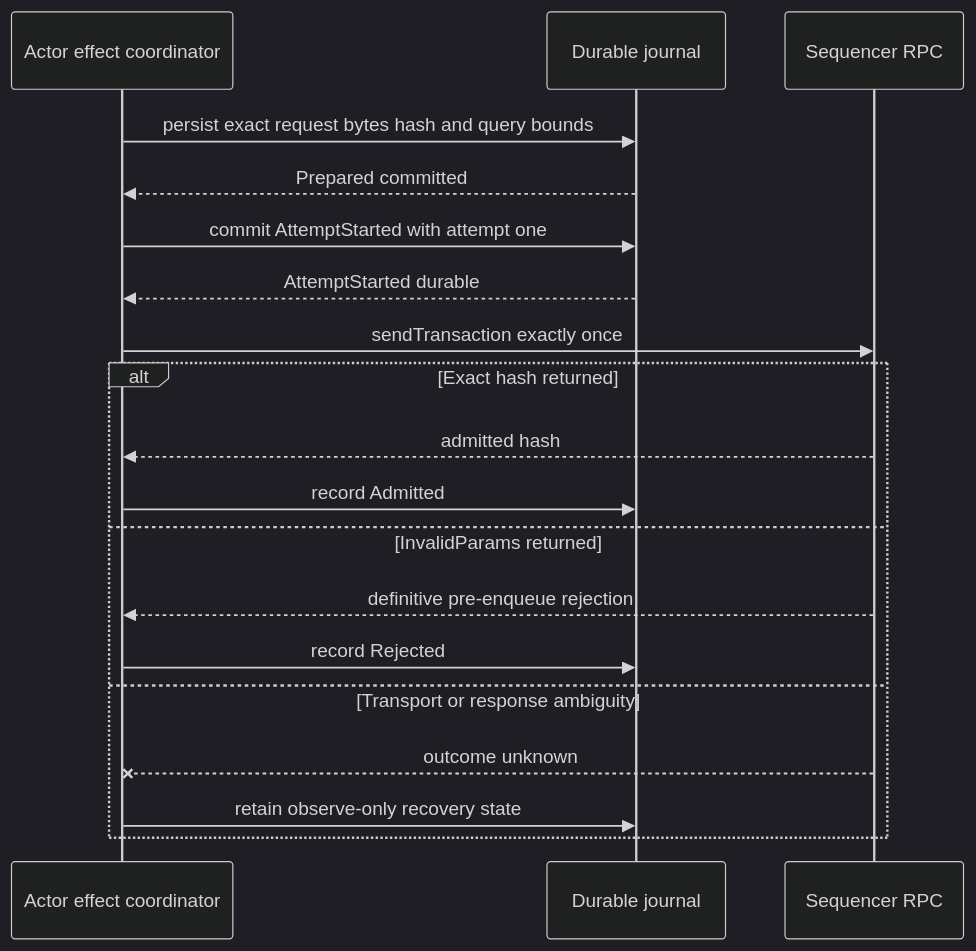
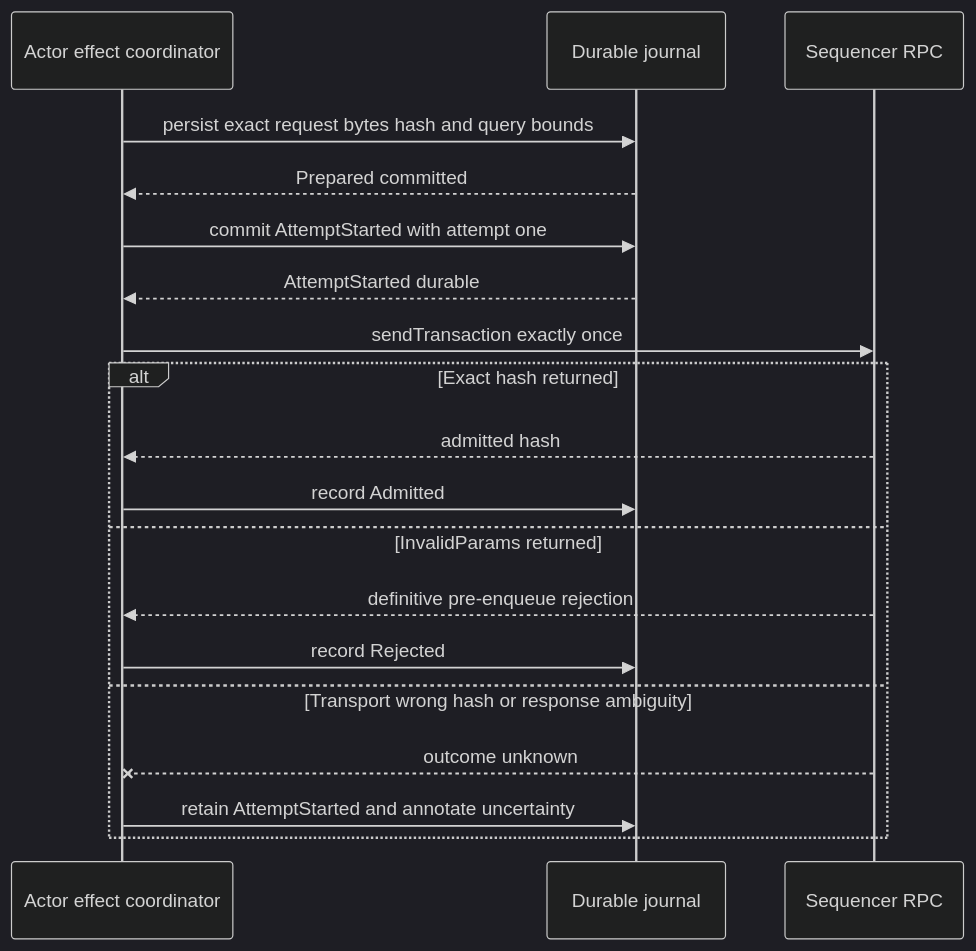
Before and after one commit to gateway-fm/lez-atomic-swaps: the second of 4 diagrams in docs/architecture/0026-lez-v02-at-most-once-submission-and-query-finality.md, drawn with Mermaid (dark theme). The commit also changed other lines of this file and 16 other files, not shown here.

````diff
--- a/docs/architecture/0026-lez-v02-at-most-once-submission-and-query-finality.md
+++ b/docs/architecture/0026-lez-v02-at-most-once-submission-and-query-finality.md
@@ -126,22 +161,22 @@
 ```mermaid
 sequenceDiagram
     participant A as Actor effect coordinator
     participant J as Durable journal
     participant S as Sequencer RPC
 
     A->>J: persist exact request bytes hash and query bounds
     J-->>A: Prepared committed
     A->>J: commit AttemptStarted with attempt one
     J-->>A: AttemptStarted durable
     A->>S: sendTransaction exactly once
     alt Exact hash returned
         S-->>A: admitted hash
         A->>J: record Admitted
     else InvalidParams returned
         S-->>A: definitive pre-enqueue rejection
         A->>J: record Rejected
-    else Transport or response ambiguity
+    else Transport wrong hash or response ambiguity
         S--xA: outcome unknown
-        A->>J: retain observe-only recovery state
+        A->>J: retain AttemptStarted and annotate uncertainty
     end
 ```
````
